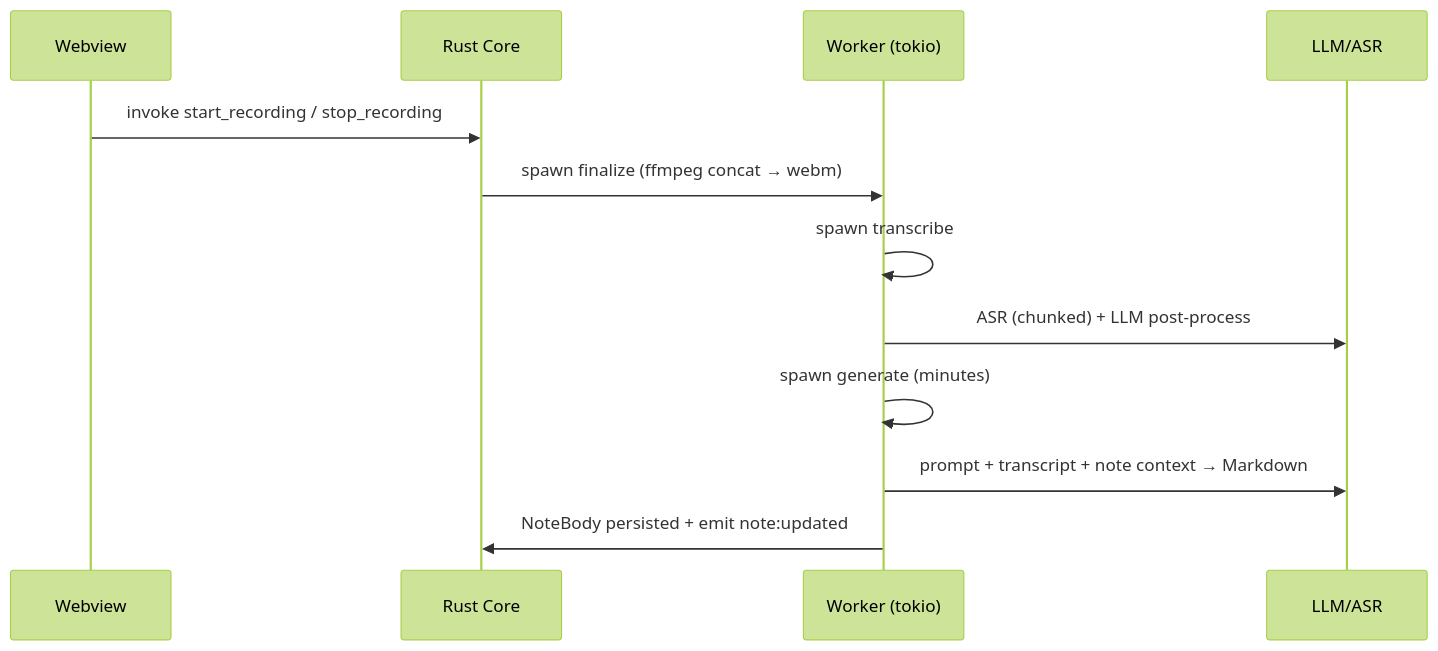
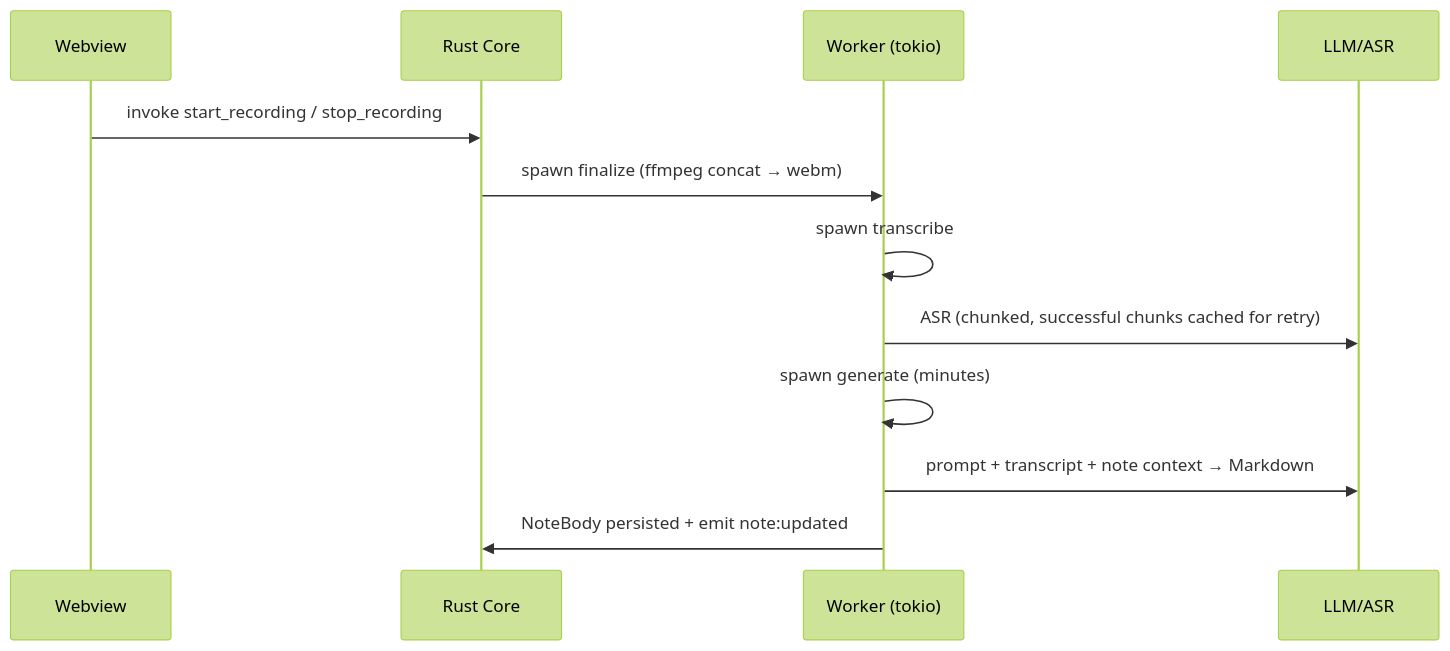
The third of 3 diagrams in docs/public/architecture.md (JunNyung-Hur/echo), drawn with Mermaid (forest theme) before and after one commit. The commit also changed other lines of this file and 34 other files, not shown here.

````diff
--- a/docs/public/architecture.md
+++ b/docs/public/architecture.md
@@ -91,15 +91,15 @@
 ```mermaid
 sequenceDiagram
     participant UI as Webview
     participant Core as Rust Core
     participant W as Worker (tokio)
     participant AI as LLM/ASR
 
     UI->>Core: invoke start_recording / stop_recording
     Core->>W: spawn finalize (ffmpeg concat → webm)
     W->>W: spawn transcribe
-    W->>AI: ASR (chunked) + LLM post-process
+    W->>AI: ASR (chunked, successful chunks cached for retry)
     W->>W: spawn generate (minutes)
     W->>AI: prompt + transcript + note context → Markdown
     W->>Core: NoteBody persisted + emit note:updated
 ```
````
